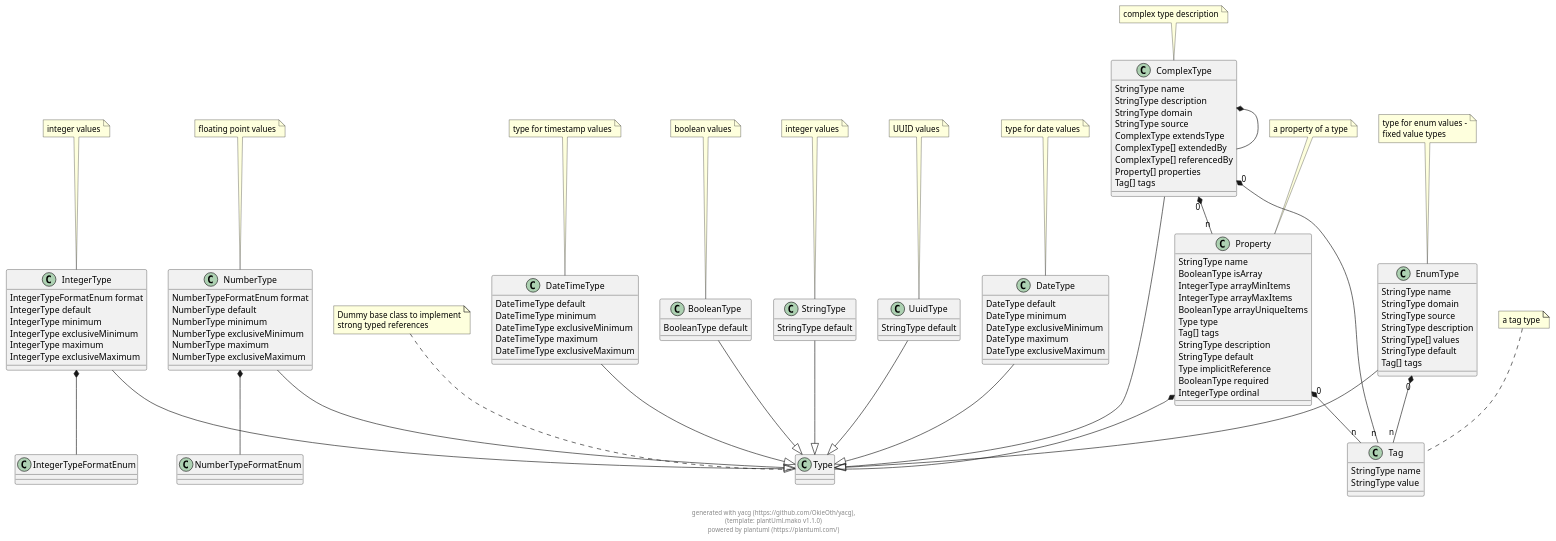
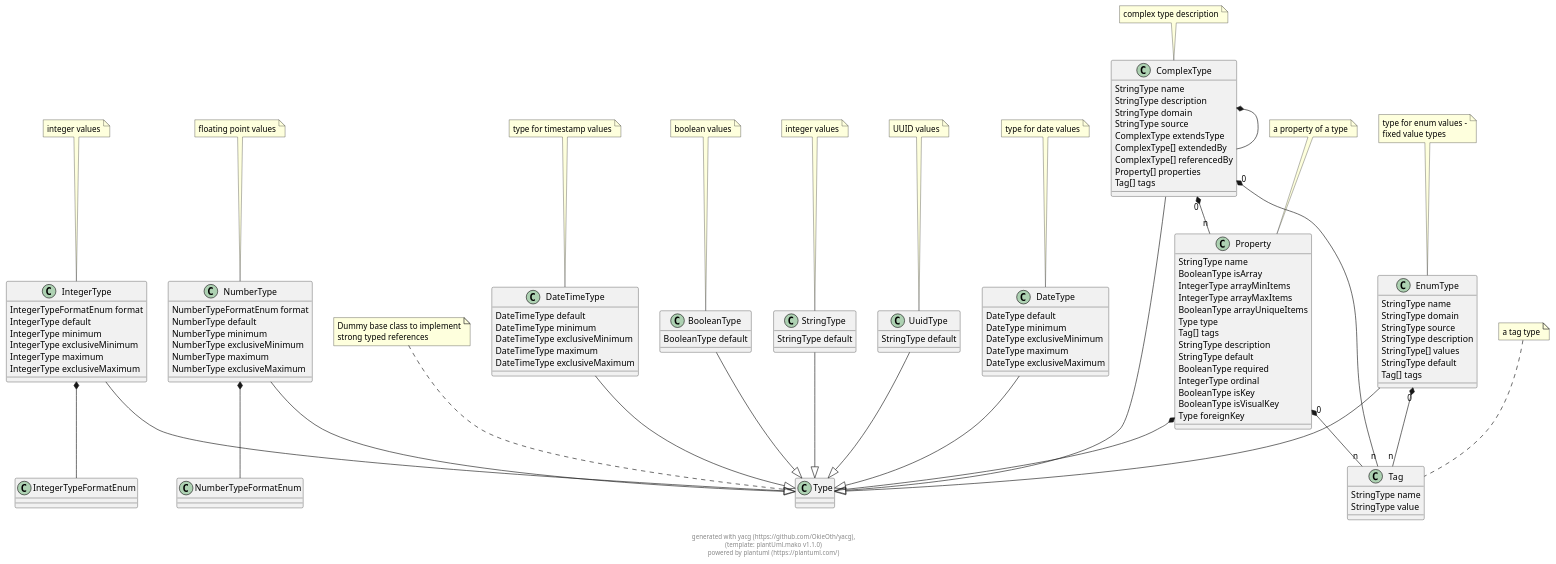
Before and after one commit to OkieOth/yacg: the diagram in docs/puml/yacg_model.puml, drawn with PlantUML. The commit also changed 2 other files, not shown here.

```diff
--- a/docs/puml/yacg_model.puml
+++ b/docs/puml/yacg_model.puml
@@ -2,168 +2,170 @@
 @startuml
 
 class Type {
 }
  
 note top: Dummy base class to implement\nstrong typed references
 
 class IntegerType {
     IntegerTypeFormatEnum format 
     IntegerType default 
     IntegerType minimum 
     IntegerType exclusiveMinimum 
     IntegerType maximum 
     IntegerType exclusiveMaximum 
 }
  
 note top: integer values
 
 IntegerType --|> Type
 class IntegerTypeFormatEnum {
 }
  
 
 class NumberType {
     NumberTypeFormatEnum format 
     NumberType default 
     NumberType minimum 
     NumberType exclusiveMinimum 
     NumberType maximum 
     NumberType exclusiveMaximum 
 }
  
 note top: floating point values
 
 NumberType --|> Type
 class NumberTypeFormatEnum {
 }
  
 
 class BooleanType {
     BooleanType default 
 }
  
 note top: boolean values
 
 BooleanType --|> Type
 class StringType {
     StringType default 
 }
  
 note top: integer values
 
 StringType --|> Type
 class UuidType {
     StringType default 
 }
  
 note top: UUID values
 
 UuidType --|> Type
 class EnumType {
     StringType name 
     StringType domain 
     StringType source 
     StringType description 
     StringType[] values 
     StringType default 
     Tag[] tags 
 }
  
 note top: type for enum values -\nfixed value types
 
 EnumType --|> Type
 class Tag {
     StringType name 
     StringType value 
 }
  
 note top: a tag type
 
 class DateType {
     DateType default 
     DateType minimum 
     DateType exclusiveMinimum 
     DateType maximum 
     DateType exclusiveMaximum 
 }
  
 note top: type for date values
 
 DateType --|> Type
 class DateTimeType {
     DateTimeType default 
     DateTimeType minimum 
     DateTimeType exclusiveMinimum 
     DateTimeType maximum 
     DateTimeType exclusiveMaximum 
 }
  
 note top: type for timestamp values
 
 DateTimeType --|> Type
 class ComplexType {
     StringType name 
     StringType description 
     StringType domain 
     StringType source 
     ComplexType extendsType 
     ComplexType[] extendedBy 
     ComplexType[] referencedBy 
     Property[] properties 
     Tag[] tags 
 }
  
 note top: complex type description
 
 ComplexType --|> Type
 class Property {
     StringType name 
     BooleanType isArray 
     IntegerType arrayMinItems 
     IntegerType arrayMaxItems 
     BooleanType arrayUniqueItems 
     Type type 
     Tag[] tags 
     StringType description 
     StringType default 
-    Type implicitReference 
     BooleanType required 
     IntegerType ordinal 
+    BooleanType isKey 
+    BooleanType isVisualKey 
+    Type foreignKey 
 }
  
 note top: a property of a type
 
 
     
     
 IntegerType  *--  IntegerTypeFormatEnum        
             
     
     
 NumberType  *--  NumberTypeFormatEnum        
             
     
     
     
     
     
 EnumType "0" *-- "n" Tag        
             
     
     
     
     
 ComplexType  *--  ComplexType        
             
 ComplexType "0" *-- "n" Property        
             
 ComplexType "0" *-- "n" Tag        
             
     
 Property  *--  Type        
             
 Property "0" *-- "n" Tag        
             
 
 footer \ngenerated with yacg (https://github.com/OkieOth/yacg),\n(template: plantUml.mako v1.1.0)\npowered by plantuml (https://plantuml.com/)
 @enduml
```
